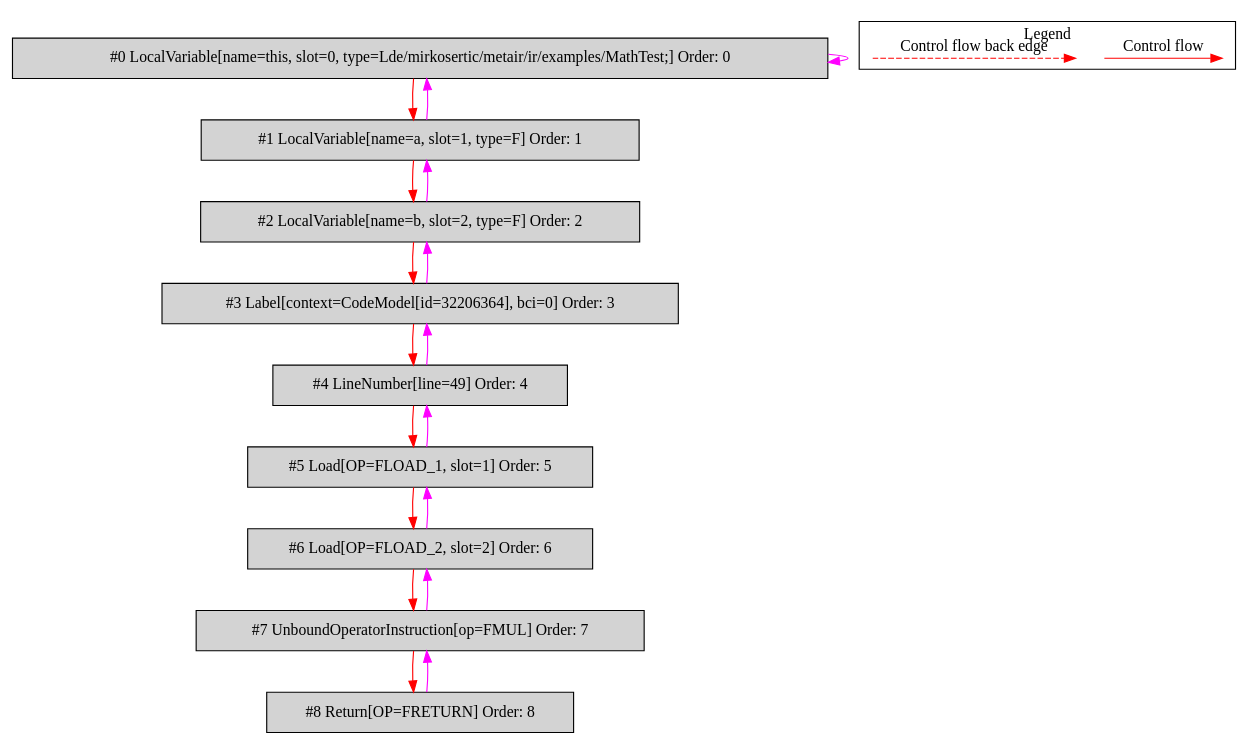
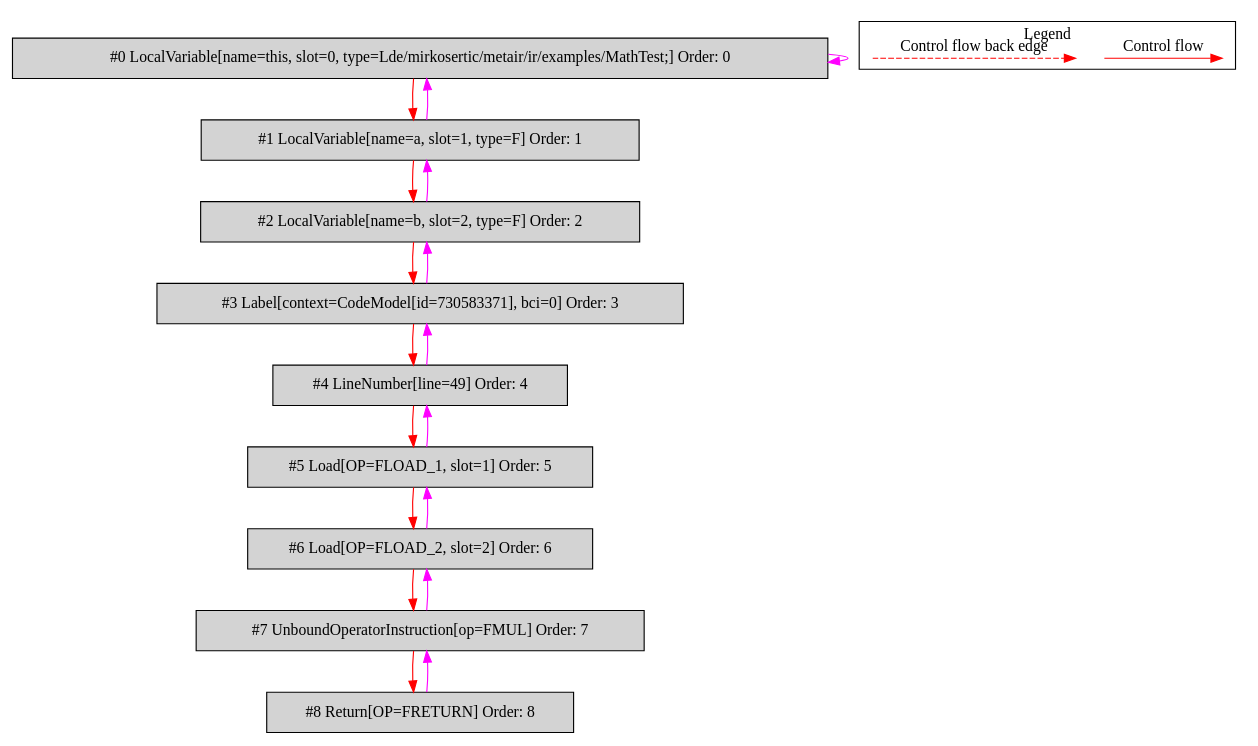
The diagram in de.mirkosertic.metair.ir.examples.MathTest/fmul/bytecodecfg.dot (mirkosertic/MetaIR), drawn with Graphviz before and after one commit. The commit also changed 1045 other files, not shown here.

```diff
--- a/de.mirkosertic.metair.ir.examples.MathTest/fmul/bytecodecfg.dot
+++ b/de.mirkosertic.metair.ir.examples.MathTest/fmul/bytecodecfg.dot
@@ -1,43 +1,43 @@
 digraph {
  ordering="in";
  node0[label="#0 LocalVariable[name=this, slot=0, type=Lde/mirkosertic/metair/ir/examples/MathTest;] Order: 0", shape=box, fillcolor=lightgrey, style=filled];
  node1[label="#1 LocalVariable[name=a, slot=1, type=F] Order: 1", shape=box, fillcolor=lightgrey, style=filled];
  node2[label="#2 LocalVariable[name=b, slot=2, type=F] Order: 2", shape=box, fillcolor=lightgrey, style=filled];
- node3[label="#3 Label[context=CodeModel[id=32206364], bci=0] Order: 3", shape=box, fillcolor=lightgrey, style=filled];
+ node3[label="#3 Label[context=CodeModel[id=730583371], bci=0] Order: 3", shape=box, fillcolor=lightgrey, style=filled];
  node4[label="#4 LineNumber[line=49] Order: 4", shape=box, fillcolor=lightgrey, style=filled];
  node5[label="#5 Load[OP=FLOAD_1, slot=1] Order: 5", shape=box, fillcolor=lightgrey, style=filled];
  node6[label="#6 Load[OP=FLOAD_2, slot=2] Order: 6", shape=box, fillcolor=lightgrey, style=filled];
  node7[label="#7 UnboundOperatorInstruction[op=FMUL] Order: 7", shape=box, fillcolor=lightgrey, style=filled];
  node8[label="#8 Return[OP=FRETURN] Order: 8", shape=box, fillcolor=lightgrey, style=filled];
  node0 -> node0[color=fuchsia];
  node0 -> node1[color=red];
  node1 -> node0[color=fuchsia];
  node1 -> node2[color=red];
  node2 -> node1[color=fuchsia];
  node2 -> node3[color=red];
  node3 -> node2[color=fuchsia];
  node3 -> node4[color=red];
  node4 -> node3[color=fuchsia];
  node4 -> node5[color=red];
  node5 -> node4[color=fuchsia];
  node5 -> node6[color=red];
  node6 -> node5[color=fuchsia];
  node6 -> node7[color=red];
  node7 -> node6[color=fuchsia];
  node7 -> node8[color=red];
  node8 -> node7[color=fuchsia];
  subgraph cluster_000 {
   label = "Legend";
   node [shape=point]
   {
    rank=same;
    c0 [style = invis];
    c1 [style = invis];
    c2 [style = invis];
    c3 [style = invis];
   }
   c0 -> c1 [label="Control flow", style=solid, color=red]
   c2 -> c3 [label="Control flow back edge", style=dashed, color=red]
  }
 
 }
```
